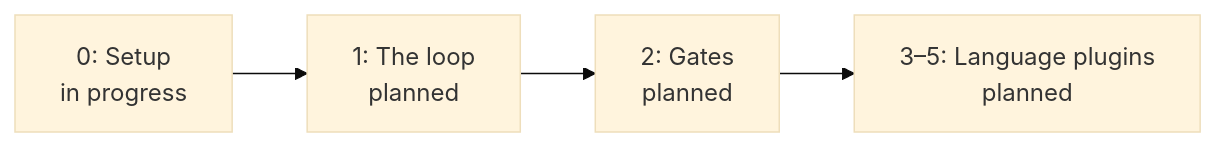
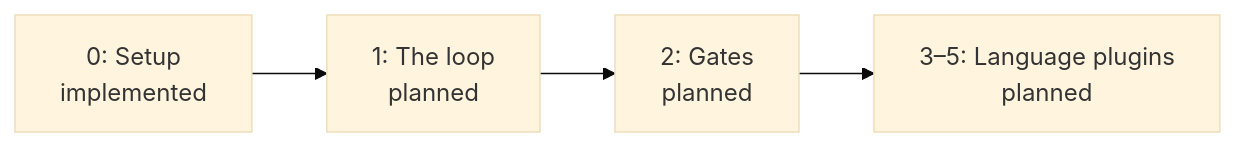
Before and after one commit to StevenJPx2/atelier: the diagram in docs/plans/README.md, drawn with Mermaid (base theme). The commit also changed other lines of this file and 10 other files, not shown here.

````diff
--- a/docs/plans/README.md
+++ b/docs/plans/README.md
@@ -6,6 +6,6 @@
 ```mermaid
 flowchart LR
-    Setup["0: Setup<br/>in progress"] --> Loop["1: The loop<br/>planned"]
+    Setup["0: Setup<br/>implemented"] --> Loop["1: The loop<br/>planned"]
     Loop --> Gates["2: Gates<br/>planned"]
     Gates --> Languages["3–5: Language plugins<br/>planned"]
 ```
````
